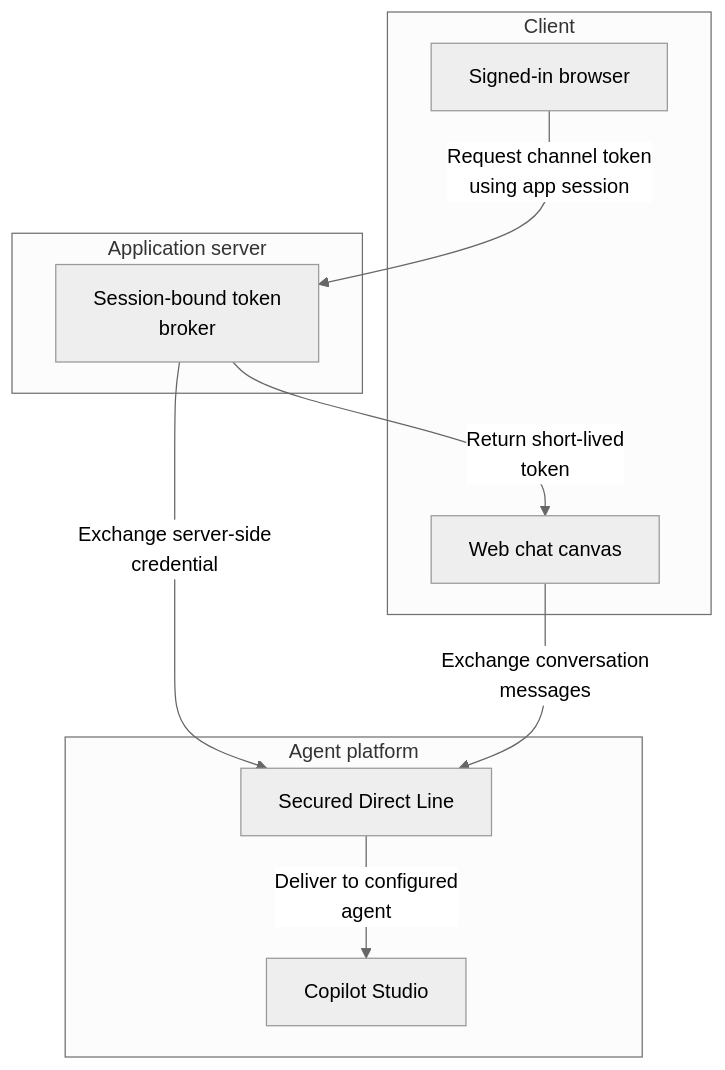
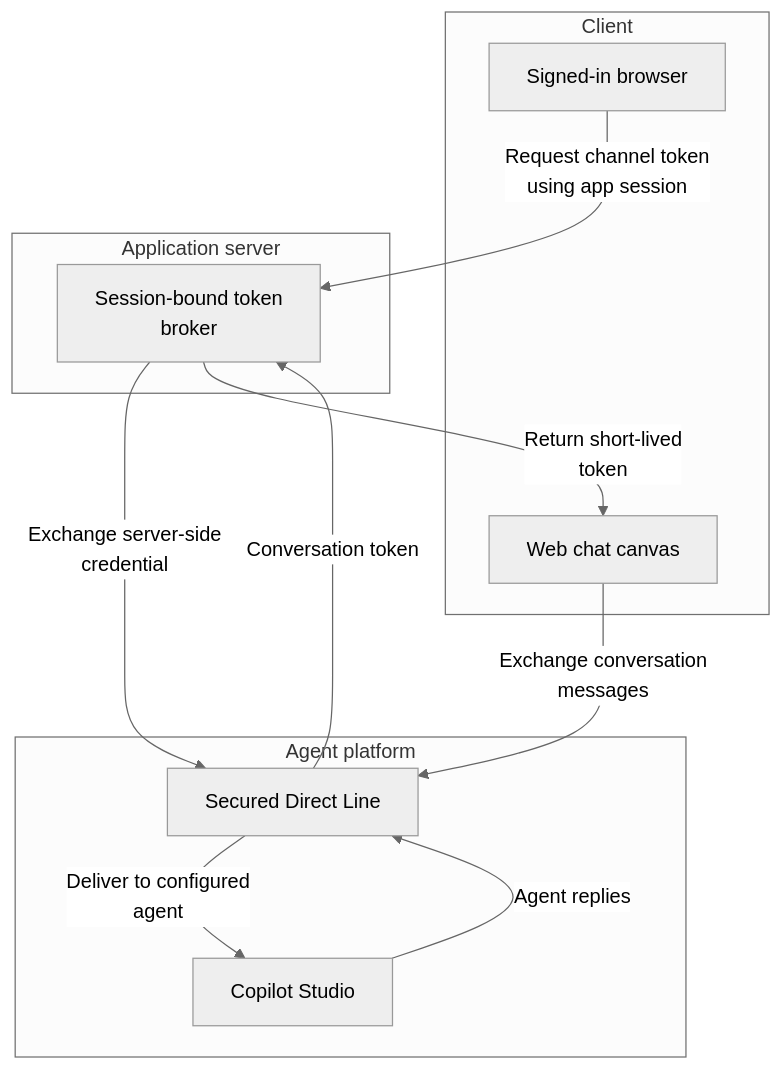
One commit to abhishek-ai-enabler/copilotstudio-architecture-patterns changed the first of 2 diagrams in technical-patterns/secured-web-client.md. Above: the diagram before and after it, drawn with Mermaid (neutral theme). The commit also changed other lines of this file and 41 other files, not shown here.

First line of the commit message:
Review diagrams: add return paths and fix flow accuracy

````diff
--- a/technical-patterns/secured-web-client.md
+++ b/technical-patterns/secured-web-client.md
@@ -7,21 +7,23 @@
 ```mermaid
 flowchart TB
     accTitle: Embed a web client without exposing channel credentials - architecture
     accDescr: The short-lived token permits channel use; it does not authenticate a customer to a business API. Keep the long-lived Direct Line secret on the server.
     subgraph group0["Client"]
         U["Signed-in browser"]
         C["Web chat canvas"]
     end
     subgraph group2["Application server"]
         B["Session-bound token<br/>broker"]
     end
     subgraph group3["Agent platform"]
         L["Secured Direct Line"]
         A["Copilot Studio"]
     end
     U -->|"Request channel token<br/>using app session"| B
     B -->|"Exchange server-side<br/>credential"| L
     B -->|"Return short-lived<br/>token"| C
     C -->|"Exchange conversation<br/>messages"| L
     L -->|"Deliver to configured<br/>agent"| A
+    L -->|"Conversation token"| B
+    A -->|"Agent replies"| L
 ```
````
